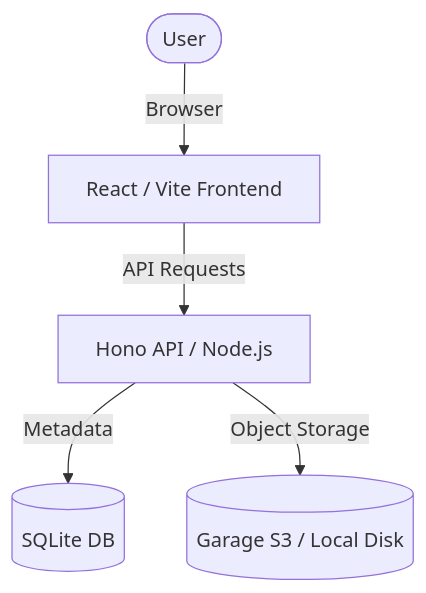
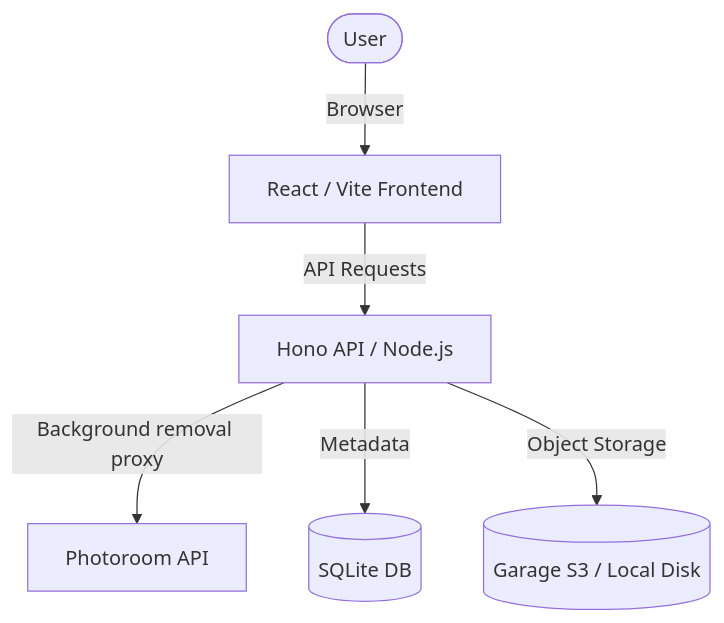
Before and after one commit to matija2209/dropimg: the diagram in README.md, drawn with Mermaid. The commit also changed other lines of this file and 8 other files, not shown here.

Commit message:
feat: integrate Photoroom background removal service, allowing users to remove backgrounds from images during upload

````diff
--- a/README.md
+++ b/README.md
@@ -182,7 +182,8 @@
 ```mermaid
 graph TD
     User([User]) -->|Browser| Web[React / Vite Frontend]
     Web -->|API Requests| API[Hono API / Node.js]
+    API -->|Background removal proxy| Photoroom[Photoroom API]
     API -->|Metadata| DB[(SQLite DB)]
     API -->|Object Storage| S3[(Garage S3 / Local Disk)]
 ```
````
